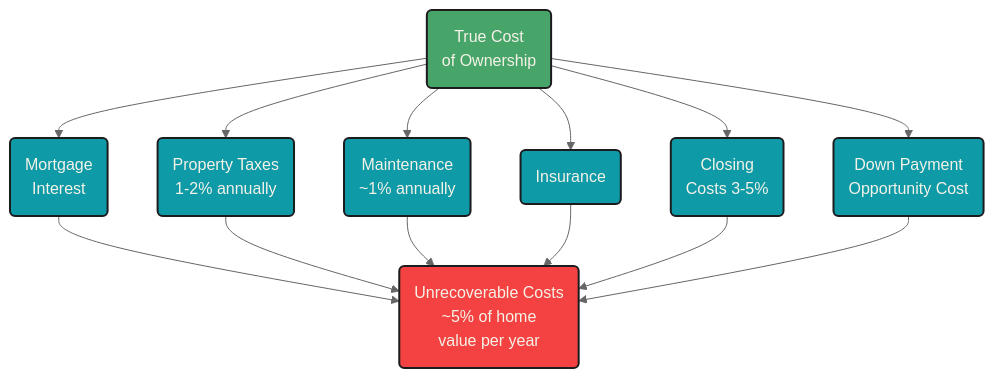
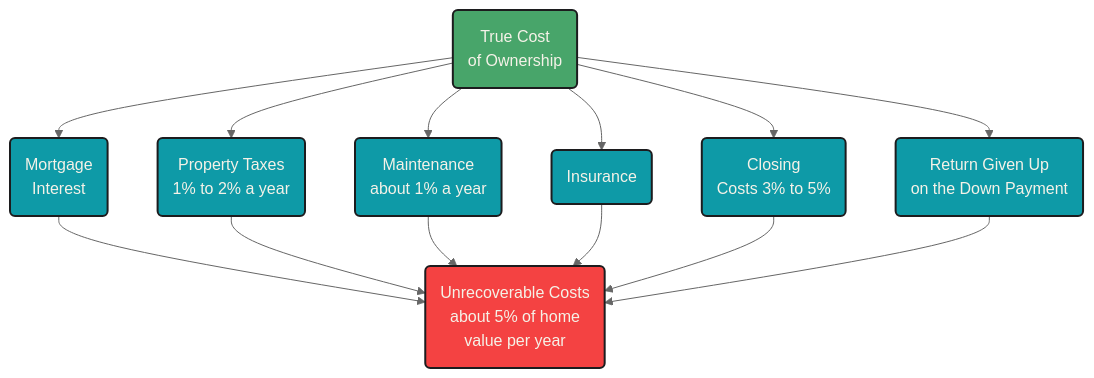
The first of 2 diagrams in major_purchases.qmd (mjfrigaard/fm-finance), drawn with Mermaid before and after one commit. The commit also changed other lines of this file and 22 other files, not shown here.

````diff
--- a/major_purchases.qmd
+++ b/major_purchases.qmd
@@ -33,28 +35,28 @@
 ```{mermaid}
 %%| fig-cap: 'Home Ownership'
 %%| fig-align: center
 %%{init: {'theme': 'neutral', 'themeVariables': { 'fontFamily': 'monospace', "darkMode":false, "fontSize":"16px"}}}%%
 
 flowchart TD
     HomeCosts("True Cost<br>of Ownership") --> Mortgage("Mortgage<br>Interest")
-    HomeCosts --> PropTax("Property Taxes<br>1-2% annually")
-    HomeCosts --> Maintenance("Maintenance<br>~1% annually")
+    HomeCosts --> PropTax("Property Taxes<br>1% to 2% a year")
+    HomeCosts --> Maintenance("Maintenance<br>about 1% a year")
     HomeCosts --> Insurance("Insurance")
-    HomeCosts --> Closing("Closing<br>Costs 3-5%")
-    HomeCosts --> Opportunity2("Down Payment<br>Opportunity Cost")
+    HomeCosts --> Closing("Closing<br>Costs 3% to 5%")
+    HomeCosts --> Opportunity2("Return Given Up<br>on the Down Payment")
 
-    Mortgage --> UnrecovCost("Unrecoverable Costs<br>~5% of home<br>value per year")
+    Mortgage --> UnrecovCost("Unrecoverable Costs<br>about 5% of home<br>value per year")
     PropTax --> UnrecovCost
     Maintenance --> UnrecovCost
     Insurance --> UnrecovCost
     Closing --> UnrecovCost
     Opportunity2 --> UnrecovCost
     style HomeCosts fill:#48a56a,color:#F5F2E8,stroke:#1C1C1E,stroke-width:2px
     style Mortgage fill:#0e9aa7,color:#F5F2E8,stroke:#1C1C1E,stroke-width:2px
     style PropTax fill:#0e9aa7,color:#F5F2E8,stroke:#1C1C1E,stroke-width:2px
     style Maintenance fill:#0e9aa7,color:#F5F2E8,stroke:#1C1C1E,stroke-width:2px
     style Insurance fill:#0e9aa7,color:#F5F2E8,stroke:#1C1C1E,stroke-width:2px
     style Closing fill:#0e9aa7,color:#F5F2E8,stroke:#1C1C1E,stroke-width:2px
     style Opportunity2 fill:#0e9aa7,color:#F5F2E8,stroke:#1C1C1E,stroke-width:2px
     style UnrecovCost fill:#f44242,color:#F5F2E8,stroke:#1C1C1E,stroke-width:2px
 ```
````
